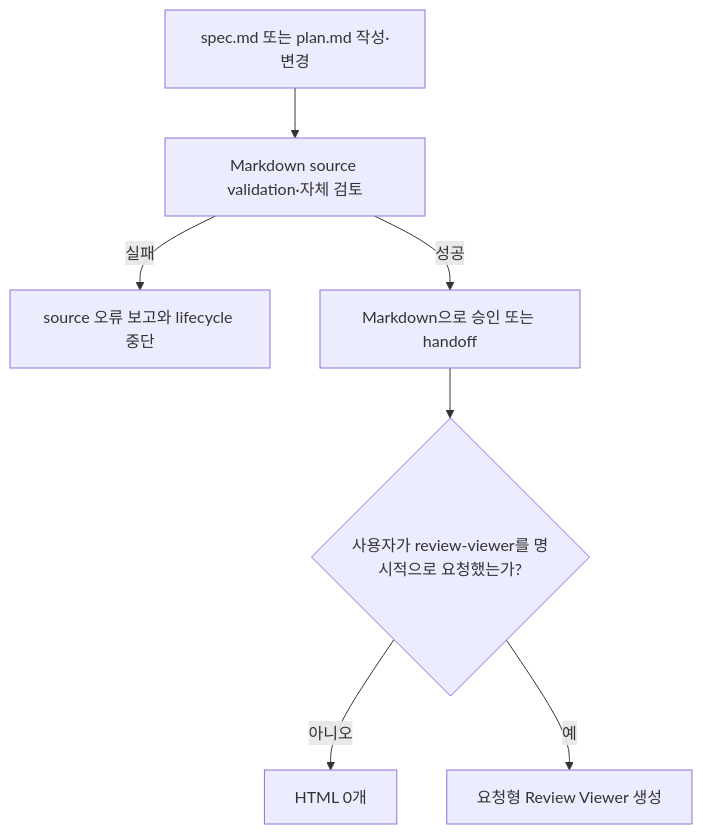
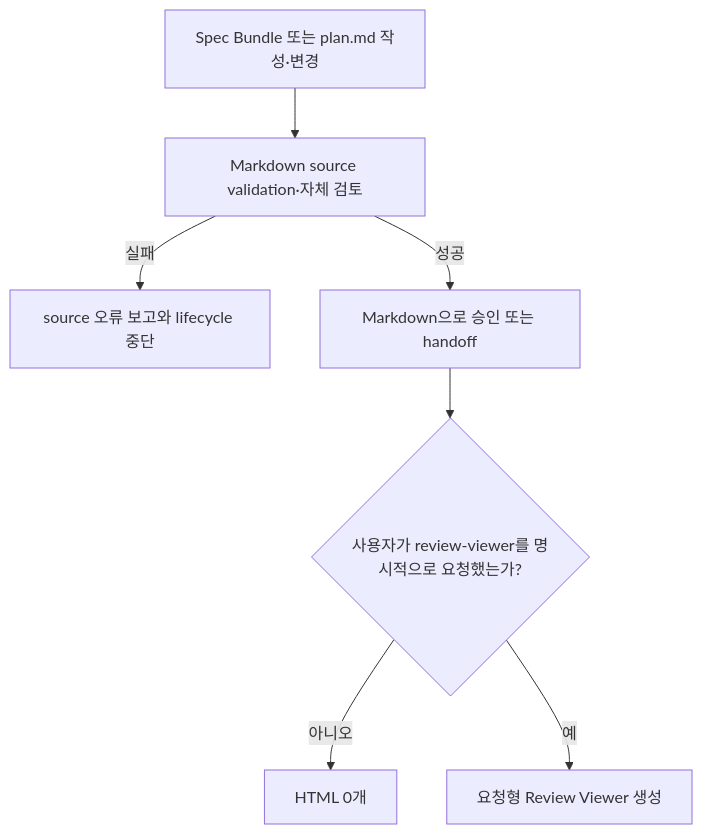
The first of 4 diagrams in docs/specs/008-structured-spec-pages/spec.md (hope1026/aiagent-plugins), drawn with Mermaid before and after one commit. The commit also changed other lines of this file and 4 other files, not shown here.

Commit message:
docs(forge): approve semantic spec bundle migration

````diff
--- a/docs/specs/008-structured-spec-pages/spec.md
+++ b/docs/specs/008-structured-spec-pages/spec.md
@@ -110,9 +118,9 @@
 ```mermaid
 flowchart TD
-    A["spec.md 또는 plan.md 작성·변경"] --> B["Markdown source validation·자체 검토"]
+    A["Spec Bundle 또는 plan.md 작성·변경"] --> B["Markdown source validation·자체 검토"]
     B -->|실패| C["source 오류 보고와 lifecycle 중단"]
     B -->|성공| D["Markdown으로 승인 또는 handoff"]
     D --> E{"사용자가 review-viewer를 명시적으로 요청했는가?"}
     E -->|아니오| F["HTML 0개"]
     E -->|예| G["요청형 Review Viewer 생성"]
 ```
````
